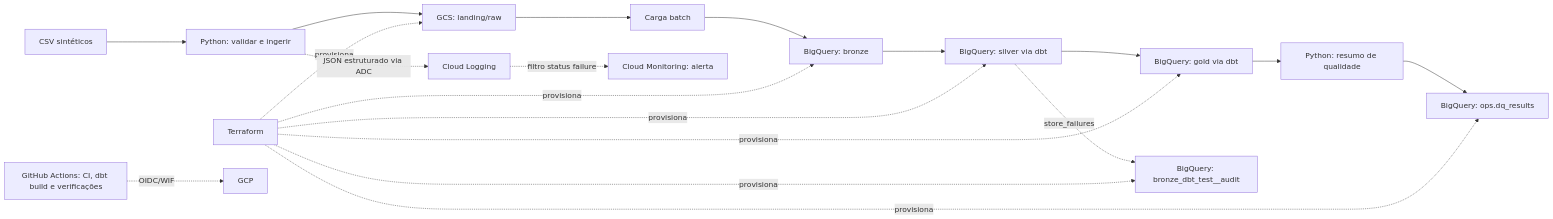
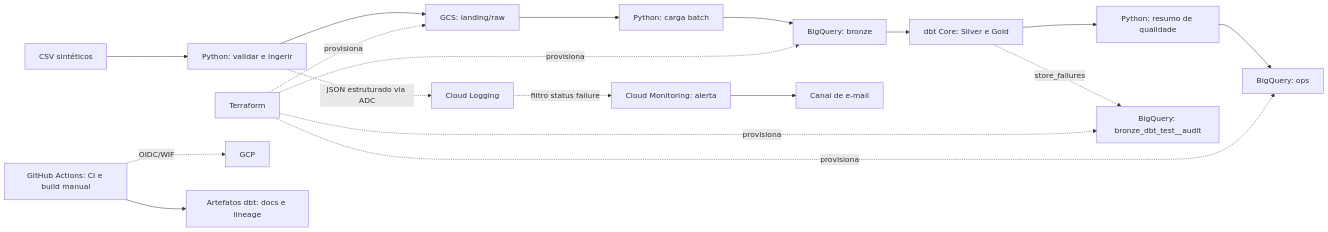
Before and after one commit to belemdebelem/lakehouse-financeiro-gcp: the diagram in docs/architecture.md, drawn with Mermaid. The commit also changed other lines of this file and 17 other files, not shown here.

````diff
--- a/docs/architecture.md
+++ b/docs/architecture.md
@@ -12,22 +12,21 @@
 ```mermaid
 flowchart LR
     CSV[CSV sintéticos] --> PY[Python: validar e ingerir]
     PY --> GCS[GCS: landing/raw]
-    GCS --> BQLOAD[Carga batch]
-    BQLOAD --> BR[BigQuery: bronze]
-    BR --> SI[BigQuery: silver via dbt]
-    SI --> GO[BigQuery: gold via dbt]
-    GO --> DQ[Python: resumo de qualidade]
-    DQ --> OPS[BigQuery: ops.dq_results]
-    SI -. store_failures .-> AUD[BigQuery: bronze_dbt_test__audit]
+    GCS --> LOAD[Python: carga batch]
+    LOAD --> BR[BigQuery: bronze]
+    BR --> DBT[dbt Core: Silver e Gold]
+    DBT --> DQ[Python: resumo de qualidade]
+    DQ --> OPS[BigQuery: ops]
+    DBT -. store_failures .-> AUD[BigQuery: bronze_dbt_test__audit]
 
     TF[Terraform] -. provisiona .-> GCS
     TF -. provisiona .-> BR
-    TF -. provisiona .-> SI
-    TF -. provisiona .-> GO
     TF -. provisiona .-> OPS
     TF -. provisiona .-> AUD
     PY -. JSON estruturado via ADC .-> LOG[Cloud Logging]
     LOG -. filtro status failure .-> MON[Cloud Monitoring: alerta]
-    GH[GitHub Actions: CI, dbt build e verificações] -. OIDC/WIF .-> GCP[GCP]
+    MON --> EMAIL[Canal de e-mail]
+    GH[GitHub Actions: CI e build manual] -. OIDC/WIF .-> GCP[GCP]
+    GH --> ART[Artefatos dbt: docs e lineage]
 ```
````
